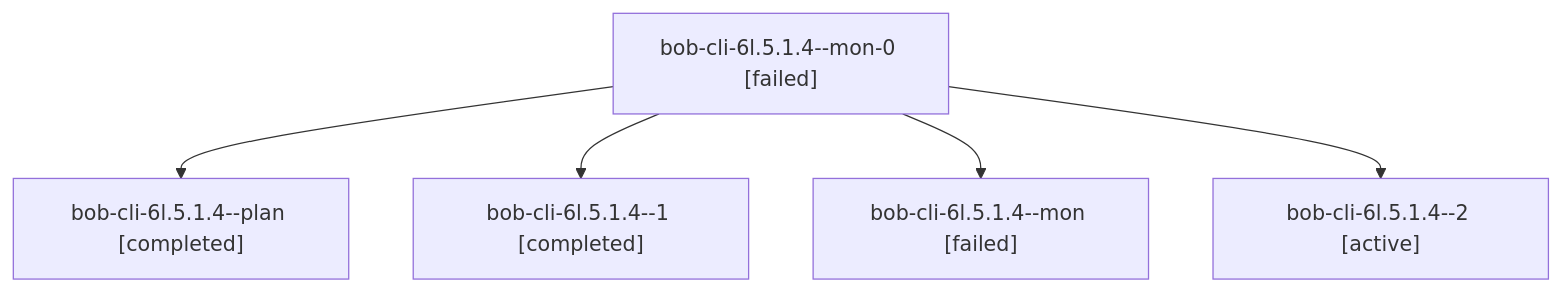
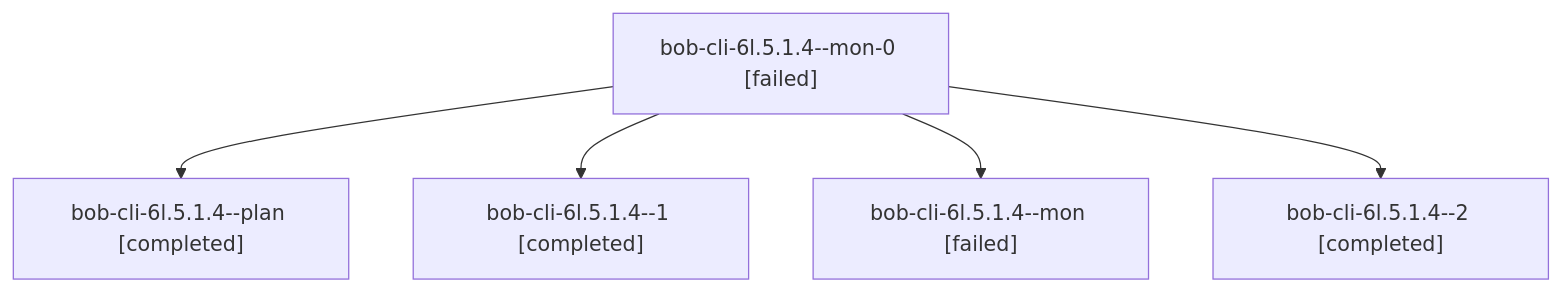
Before and after one commit to bobs-org/bob-cli--agents: the diagram in sessions/bbugyi200.apollo.bob-cli-6l.5.1.4.md, drawn with Mermaid. The commit also changed other lines of this file and 55 other files, not shown here.

````diff
--- a/sessions/bbugyi200.apollo.bob-cli-6l.5.1.4.md
+++ b/sessions/bbugyi200.apollo.bob-cli-6l.5.1.4.md
@@ -9,12 +9,12 @@
 ```mermaid
 flowchart TD
   n0["bob-cli-6l.5.1.4--mon-0 [failed]"]
   n1["bob-cli-6l.5.1.4--plan [completed]"]
   n0 --> n1
   n2["bob-cli-6l.5.1.4--1 [completed]"]
   n0 --> n2
   n3["bob-cli-6l.5.1.4--mon [failed]"]
   n0 --> n3
-  n4["bob-cli-6l.5.1.4--2 [active]"]
+  n4["bob-cli-6l.5.1.4--2 [completed]"]
   n0 --> n4
 ```
````
